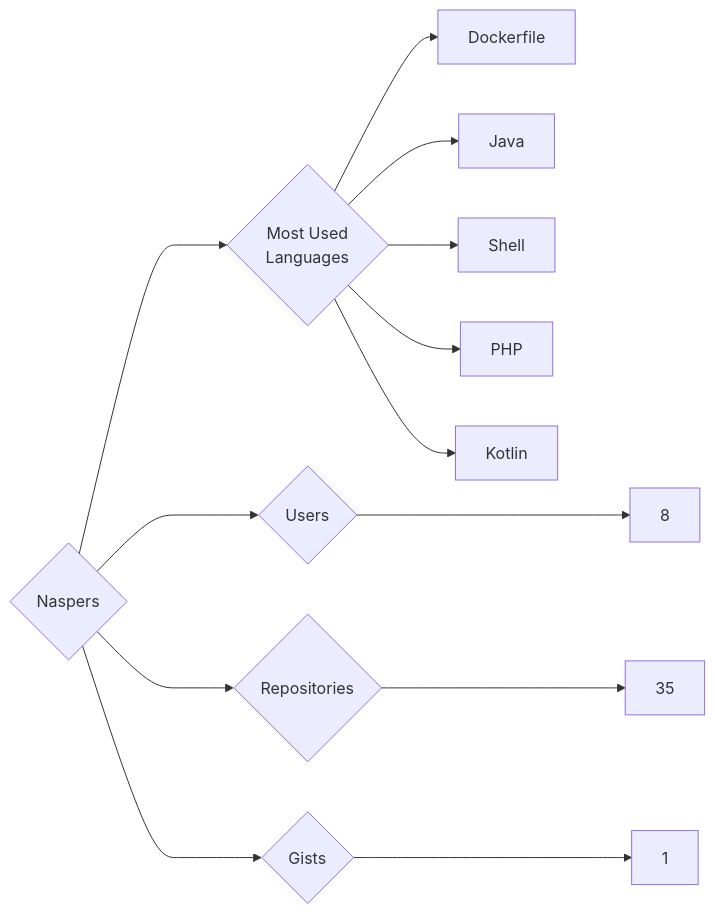
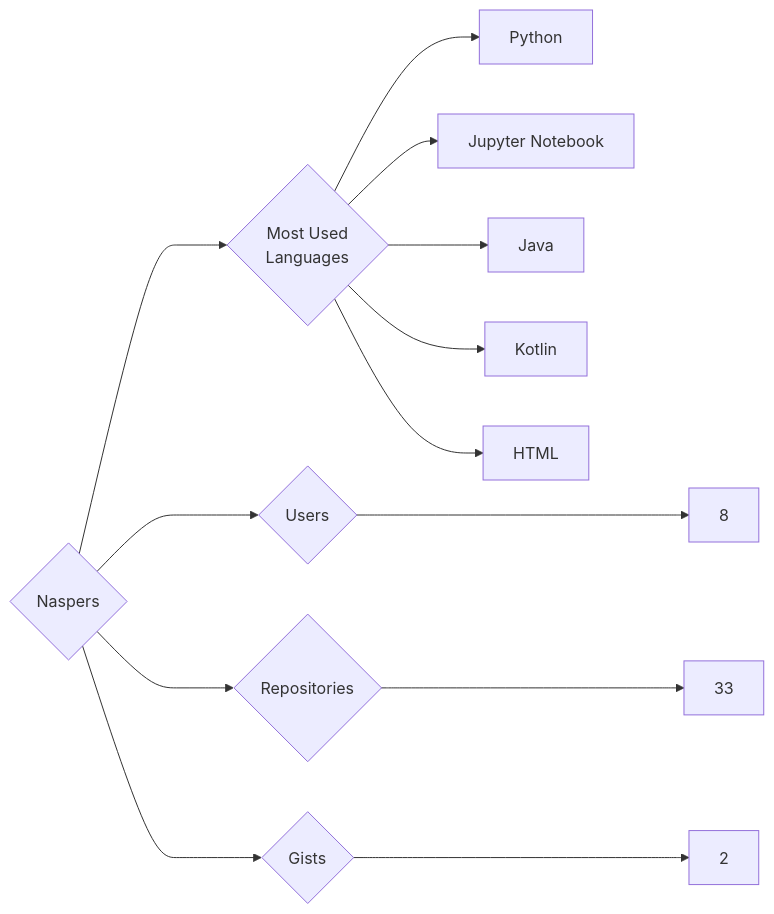
One commit to trickest/insiders changed the diagram in targets/Naspers/README.md. Above: the diagram before and after it, drawn with Mermaid. The commit also changed 928 other files, not shown here.

````diff
--- a/targets/Naspers/README.md
+++ b/targets/Naspers/README.md
@@ -3,13 +3,13 @@
 ```mermaid
 graph LR
 COMPANY_NAME{Naspers}
 COMPANY_NAME ---> U{Users} ---> UN[8]
-COMPANY_NAME ---> R{Repositories} ---> RN[35]
-COMPANY_NAME ---> G{Gists} ---> GN[1]
+COMPANY_NAME ---> R{Repositories} ---> RN[33]
+COMPANY_NAME ---> G{Gists} ---> GN[2]
 COMPANY_NAME ---> ML{Most Used<br>Languages}
-ML --> Dockerfile[Dockerfile]
+ML --> Python[Python]
+ML --> Jupyter_Notebook[Jupyter Notebook]
 ML --> Java[Java]
-ML --> Shell[Shell]
-ML --> PHP[PHP]
 ML --> Kotlin[Kotlin]
+ML --> HTML[HTML]
 ```
````
